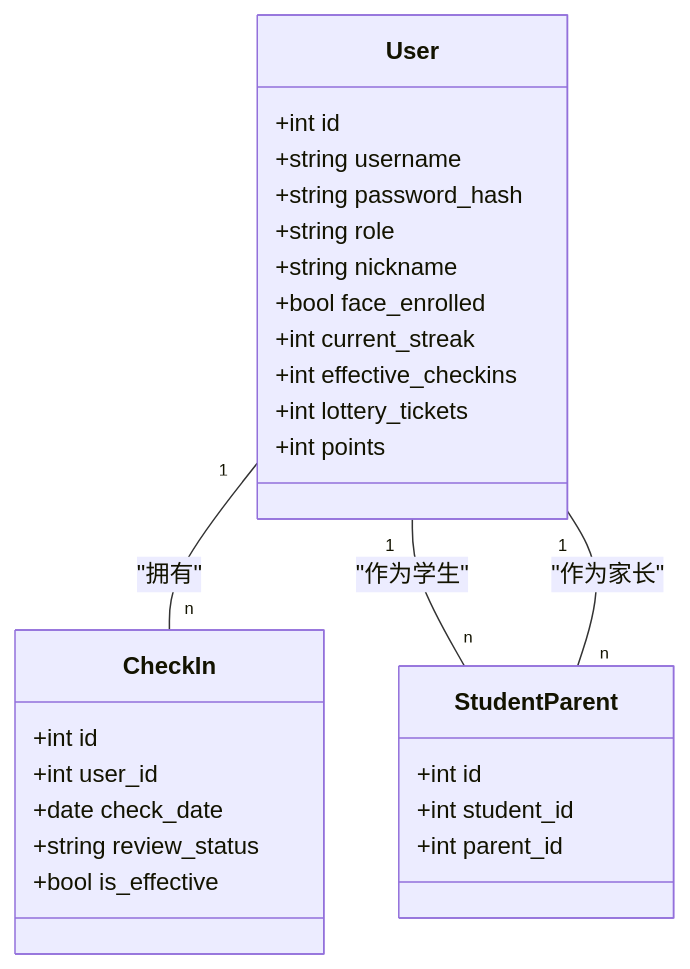
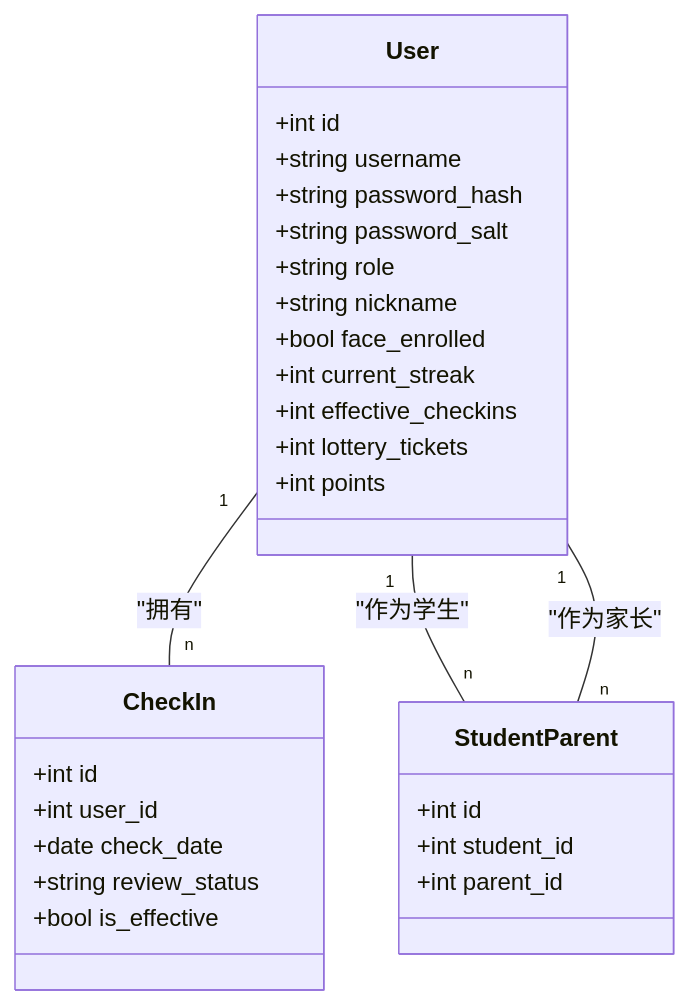
One commit to onebody/homework changed the fifth of 7 diagrams in .qoder/repowiki/zh/content/安全与认证机制/安全与认证机制.md. Above: the diagram before and after it, drawn with Mermaid. The commit also changed other lines of this file and 15 other files, not shown here.

````diff
--- a/.qoder/repowiki/zh/content/安全与认证机制/安全与认证机制.md
+++ b/.qoder/repowiki/zh/content/安全与认证机制/安全与认证机制.md
@@ -226,30 +306,31 @@
 ```mermaid
 classDiagram
 class User {
 +int id
 +string username
 +string password_hash
++string password_salt
 +string role
 +string nickname
 +bool face_enrolled
 +int current_streak
 +int effective_checkins
 +int lottery_tickets
 +int points
 }
 class StudentParent {
 +int id
 +int student_id
 +int parent_id
 }
 class CheckIn {
 +int id
 +int user_id
 +date check_date
 +string review_status
 +bool is_effective
 }
 User "1" -- "n" CheckIn : "拥有"
 User "1" -- "n" StudentParent : "作为学生"
 User "1" -- "n" StudentParent : "作为家长"
 ```
````
